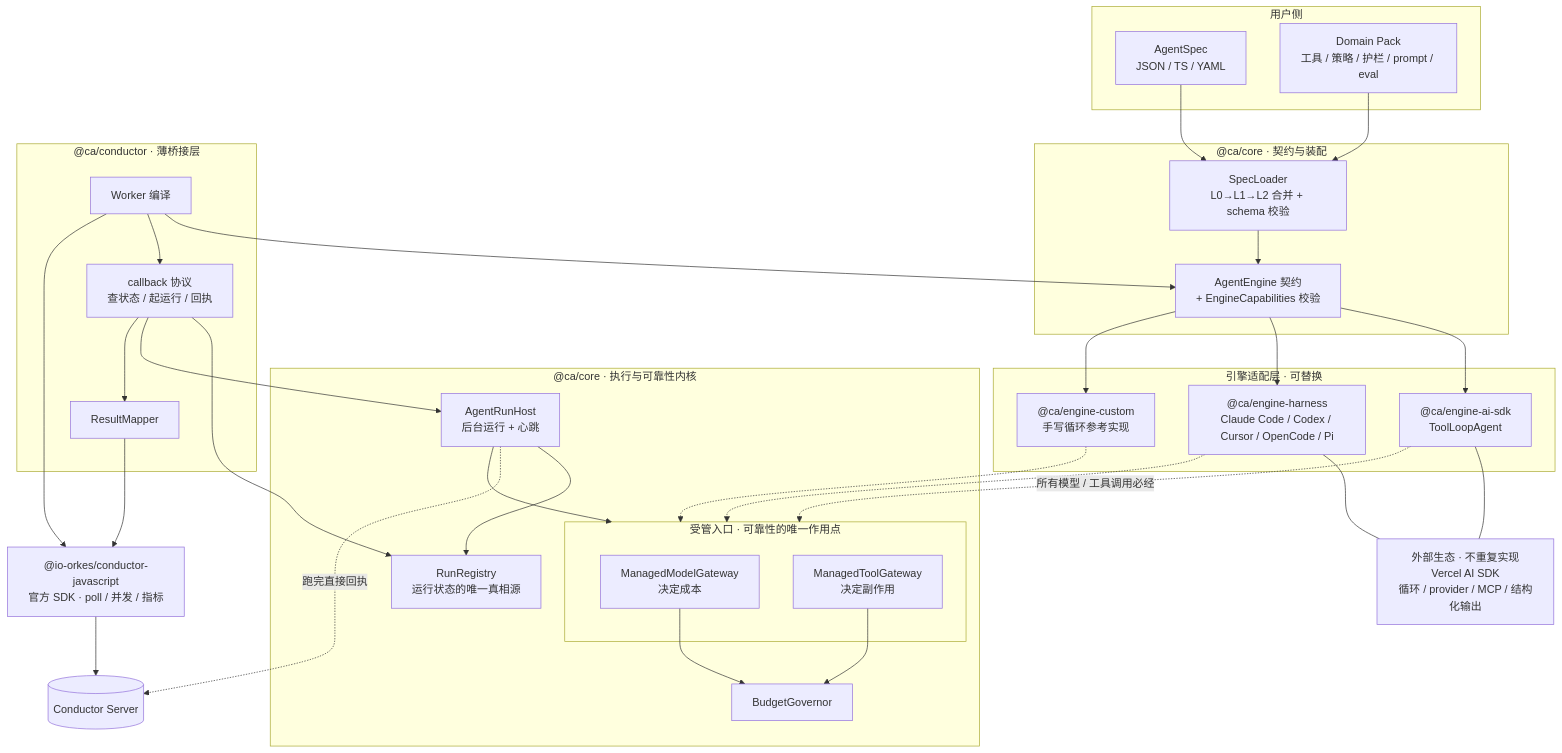
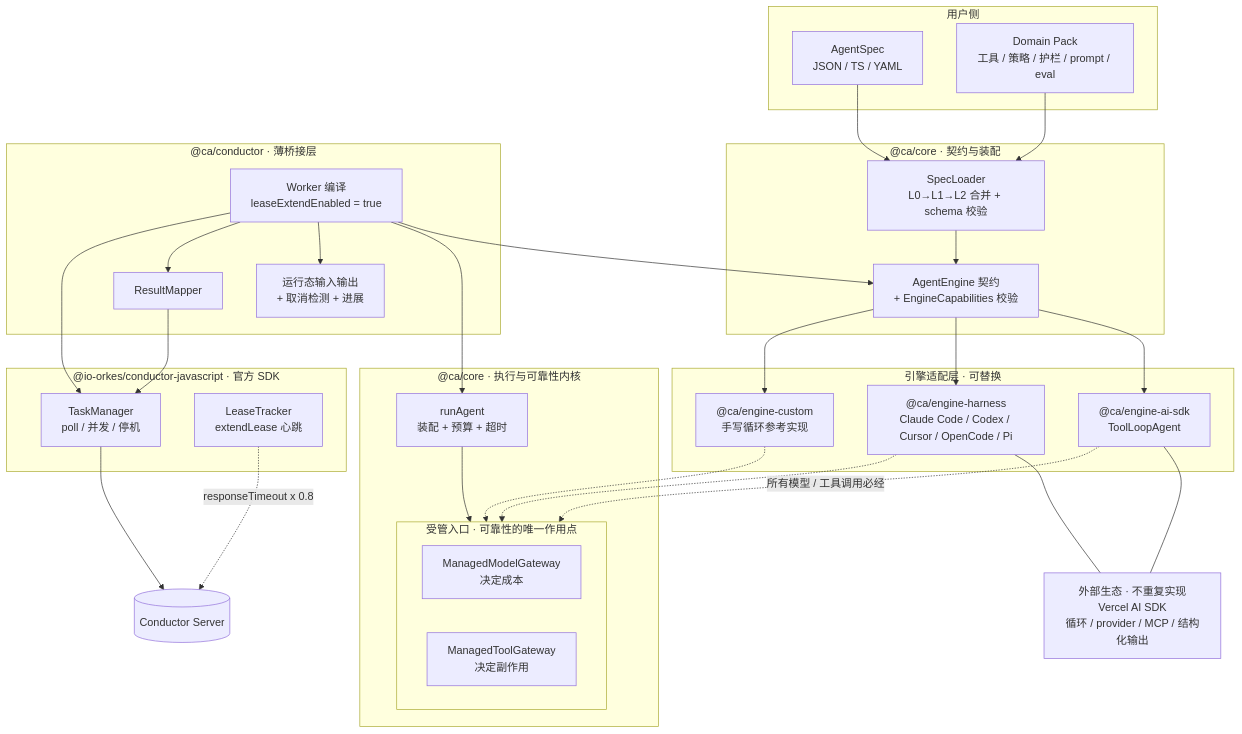
One commit to yiyisf/agent-worker changed the diagram in docs/architecture.md. Above: the diagram before and after it, drawn with Mermaid. The commit also changed other lines of this file and 46 other files, not shown here.

First line of the commit message:
refactor!: 改用 extendLease 心跳，并更正一条核实错误

````diff
--- a/docs/architecture.md
+++ b/docs/architecture.md
@@ -202,68 +212,65 @@
 ```mermaid
 graph TB
   subgraph U["用户侧"]
     SPEC["AgentSpec<br/>JSON / TS / YAML"]
     PACK["Domain Pack<br/>工具 / 策略 / 护栏 / prompt / eval"]
   end
 
   subgraph C1["@ca/core · 契约与装配"]
     SL["SpecLoader<br/>L0→L1→L2 合并 + schema 校验"]
     EC["AgentEngine 契约<br/>+ EngineCapabilities 校验"]
   end
 
   subgraph ENG["引擎适配层 · 可替换"]
     E1["@ca/engine-ai-sdk<br/>ToolLoopAgent"]
     E2["@ca/engine-harness<br/>Claude Code / Codex / Cursor / OpenCode / Pi"]
     E3["@ca/engine-custom<br/>手写循环参考实现"]
   end
 
   EXT["外部生态 · 不重复实现<br/>Vercel AI SDK<br/>循环 / provider / MCP / 结构化输出"]
 
   subgraph C2["@ca/core · 执行与可靠性内核"]
     subgraph GW["受管入口 · 可靠性的唯一作用点"]
       MG["ManagedModelGateway<br/>决定成本"]
       TG["ManagedToolGateway<br/>决定副作用"]
     end
-    HOST["AgentRunHost<br/>后台运行 + 心跳"]
-    REG["RunRegistry<br/>运行状态的唯一真相源"]
-    BG["BudgetGovernor"]
+    RA["runAgent<br/>装配 + 预算 + 超时"]
   end
 
   subgraph BR["@ca/conductor · 薄桥接层"]
-    CP["Worker 编译"]
-    CB["callback 协议<br/>查状态 / 起运行 / 回执"]
+    CP["Worker 编译<br/>leaseExtendEnabled = true"]
+    IO["运行态输入输出<br/>+ 取消检测 + 进展"]
     RM["ResultMapper"]
   end
 
-  OFF["@io-orkes/conductor-javascript<br/>官方 SDK · poll / 并发 / 指标"]
+  subgraph OFF["@io-orkes/conductor-javascript · 官方 SDK"]
+    TM["TaskManager<br/>poll / 并发 / 停机"]
+    LT["LeaseTracker<br/>extendLease 心跳"]
+  end
+
   CD[("Conductor Server")]
 
   SPEC --> SL
   PACK --> SL
   SL --> EC
   EC --> E1
   EC --> E2
   EC --> E3
 
   E1 --- EXT
   E2 --- EXT
 
   E1 -. "所有模型 / 工具调用必经" .-> GW
   E2 -.-> GW
   E3 -.-> GW
 
-  MG --> BG
-  TG --> BG
-  HOST --> GW
-  HOST --> REG
-
+  RA --> GW
   CP --> EC
-  CP --> CB
-  CB --> REG
-  CB --> HOST
-  CB --> RM
-  RM --> OFF
-  CP --> OFF
-  OFF --> CD
-  HOST -. "跑完直接回执" .-> CD
+  CP --> RA
+  CP --> IO
+  CP --> RM
+  RM --> TM
+  CP --> TM
+  TM --> CD
+  LT -. "responseTimeout x 0.8" .-> CD
 ```
````
